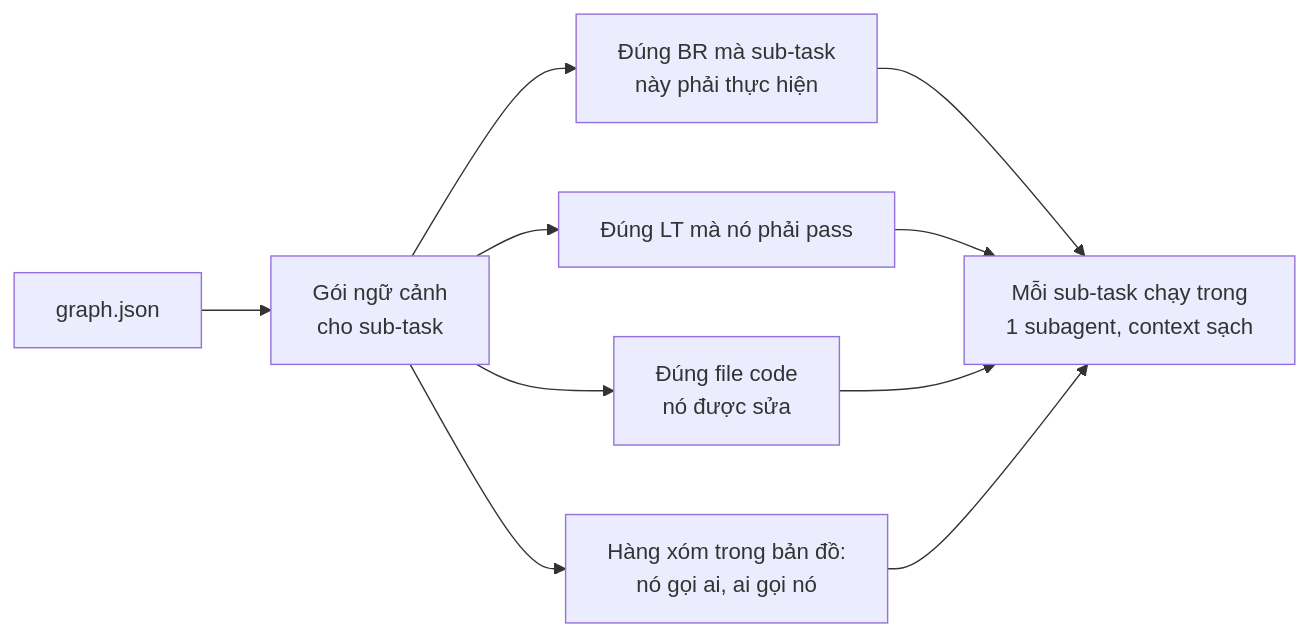
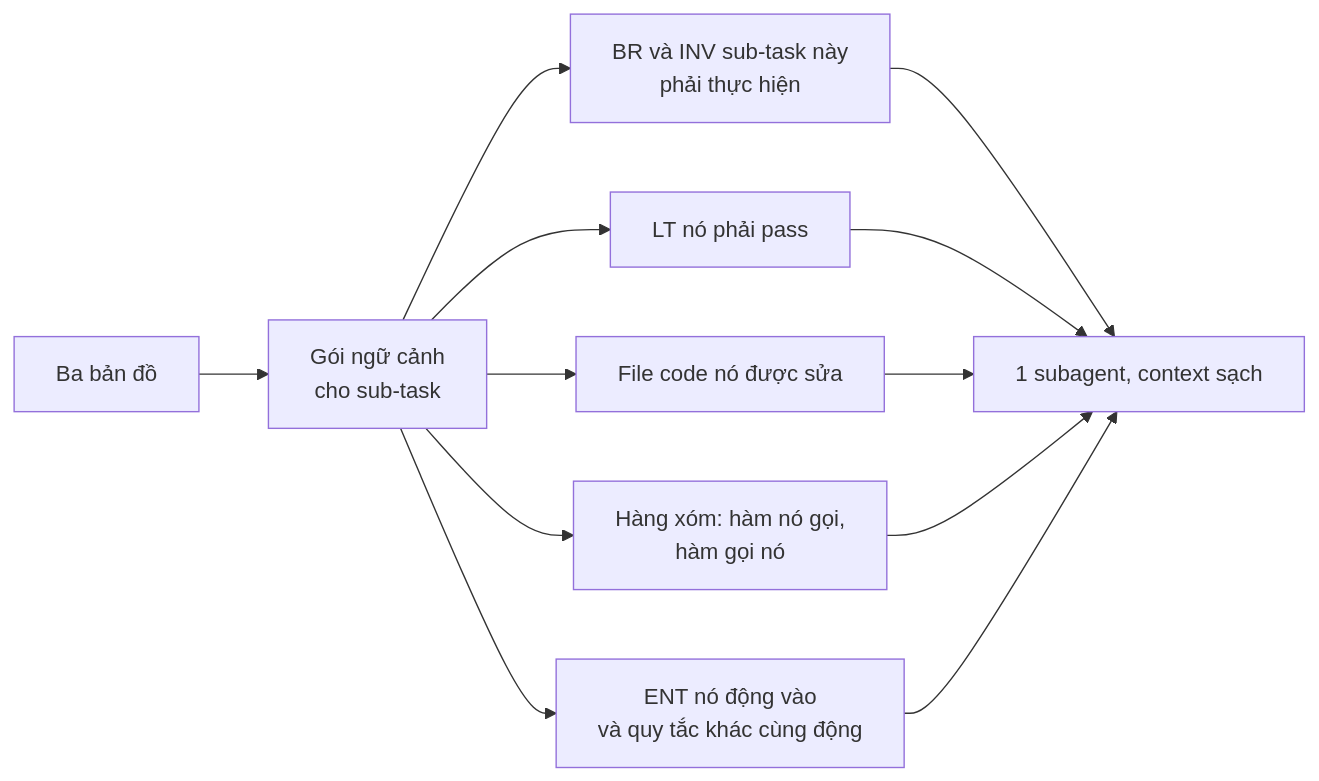
One commit to Kynderis/kendrick-ai-tools changed the seventh of 7 diagrams in design/KIDEA_SPEC.md. Above: the diagram before and after it, drawn with Mermaid. The commit also changed other lines of this file and 2 other files, not shown here.

````diff
--- a/design/KIDEA_SPEC.md
+++ b/design/KIDEA_SPEC.md
@@ -561,9 +608,10 @@
 ```mermaid
 flowchart LR
-    A["graph.json"] --> B["Gói ngữ cảnh<br/>cho sub-task"]
-    B --> C["Đúng BR mà sub-task<br/>này phải thực hiện"]
-    B --> D["Đúng LT mà nó phải pass"]
-    B --> E["Đúng file code<br/>nó được sửa"]
-    B --> F["Hàng xóm trong bản đồ:<br/>nó gọi ai, ai gọi nó"]
-    C & D & E & F --> G["Mỗi sub-task chạy trong<br/>1 subagent, context sạch"]
+    A["Ba bản đồ"] --> B["Gói ngữ cảnh<br/>cho sub-task"]
+    B --> C["BR và INV sub-task này<br/>phải thực hiện"]
+    B --> D["LT nó phải pass"]
+    B --> E["File code nó được sửa"]
+    B --> F["Hàng xóm: hàm nó gọi,<br/>hàm gọi nó"]
+    B --> G["ENT nó động vào<br/>và quy tắc khác cùng động"]
+    C & D & E & F & G --> H["1 subagent, context sạch"]
 ```
````
